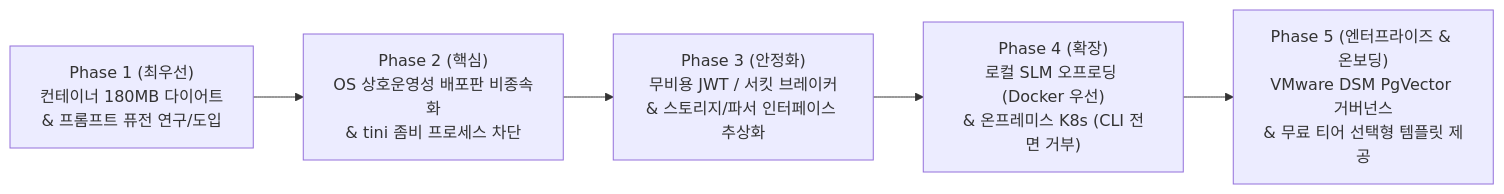
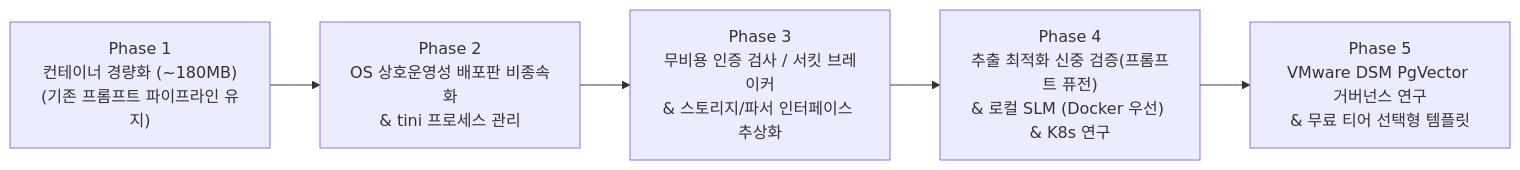
Before and after one commit to fofwisdom/claire-bible: the second of 2 diagrams in docs/origin/CLAIRE_ARCHITECTURE_ROADMAP.md, drawn with Mermaid. The commit also changed other lines of this file and 1 other file, not shown here.

First line of the commit message:
docs: refine architecture roadmap and reschedule prompt fusion to phase 4

````diff
--- a/docs/origin/CLAIRE_ARCHITECTURE_ROADMAP.md
+++ b/docs/origin/CLAIRE_ARCHITECTURE_ROADMAP.md
@@ -98,7 +106,7 @@
 ```mermaid
 flowchart LR
-    P1["Phase 1 (최우선)<br/>컨테이너 180MB 다이어트<br/>& 프롬프트 퓨전 연구/도입"] --> P2["Phase 2 (핵심)<br/>OS 상호운영성 배포판 비종속화<br/>& tini 좀비 프로세스 차단"]
-    P2 --> P3["Phase 3 (안정화)<br/>무비용 JWT / 서킷 브레이커<br/>& 스토리지/파서 인터페이스 추상화"]
-    P3 --> P4["Phase 4 (확장)<br/>로컬 SLM 오프로딩 (Docker 우선)<br/>& 온프레미스 K8s (CLI 전면 거부)"]
-    P4 --> P5["Phase 5 (엔터프라이즈 & 온보딩)<br/>VMware DSM PgVector 거버넌스<br/>& 무료 티어 선택형 템플릿 제공"]
+    P1["Phase 1<br/>컨테이너 경량화 (~180MB)<br/>(기존 프롬프트 파이프라인 유지)"] --> P2["Phase 2<br/>OS 상호운영성 배포판 비종속화<br/>& tini 프로세스 관리"]
+    P2 --> P3["Phase 3<br/>무비용 인증 검사 / 서킷 브레이커<br/>& 스토리지/파서 인터페이스 추상화"]
+    P3 --> P4["Phase 4<br/>추출 최적화 신중 검증(프롬프트 퓨전)<br/>& 로컬 SLM (Docker 우선) & K8s 연구"]
+    P4 --> P5["Phase 5<br/>VMware DSM PgVector 거버넌스 연구<br/>& 무료 티어 선택형 템플릿"]
 ```
````
